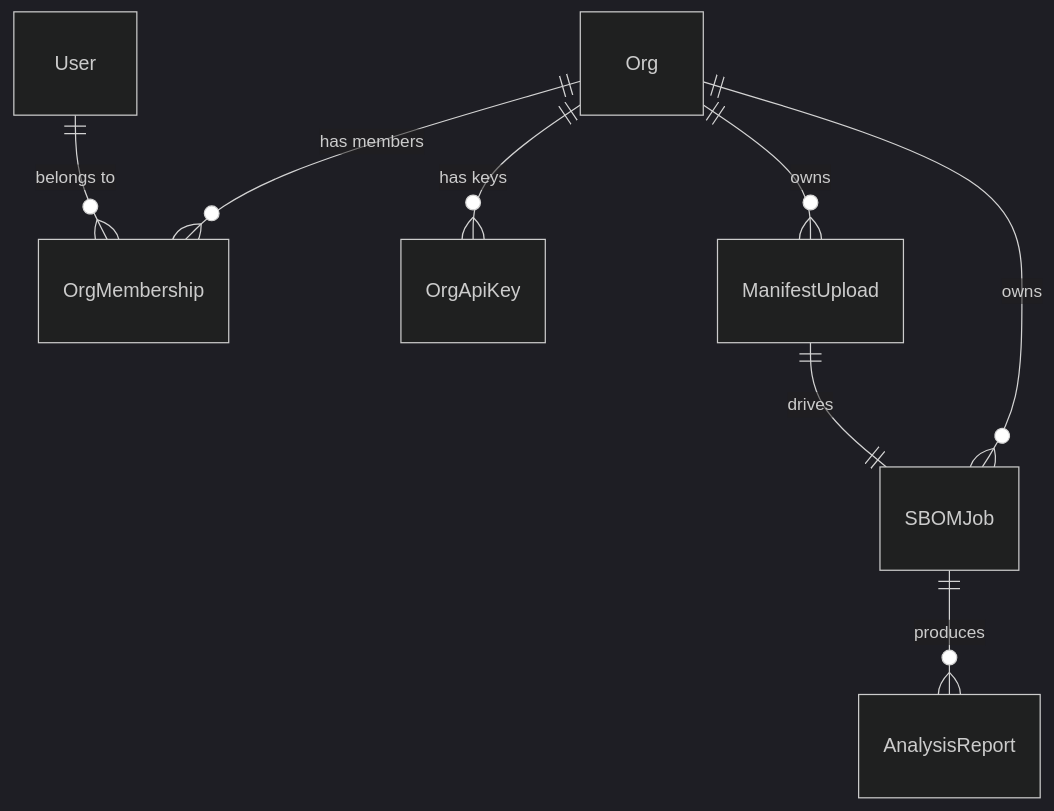
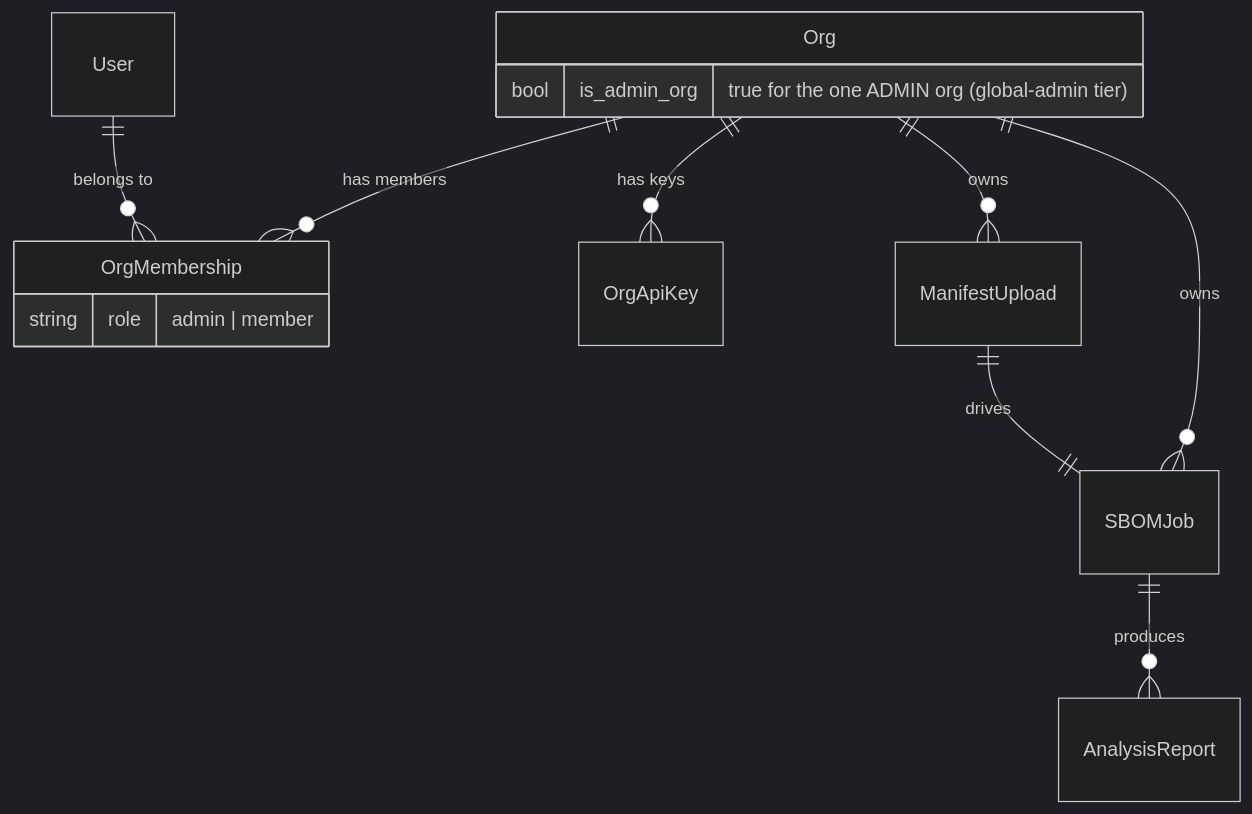
The fourth of 4 diagrams in _bmad-output/planning-artifacts/architecture/architecture-django-python-generate-sbom-2026-07-03/ARCHITECTURE-SPINE.md (millsks/django-python-generate-sbom), drawn with Mermaid (dark theme) before and after one commit. The commit also changed other lines of this file and 5 other files, not shown here.

First line of the commit message:
docs(architecture): document org/admin/auth model + refresh diagrams (14.2)

````diff
--- a/_bmad-output/planning-artifacts/architecture/architecture-django-python-generate-sbom-2026-07-03/ARCHITECTURE-SPINE.md
+++ b/_bmad-output/planning-artifacts/architecture/architecture-django-python-generate-sbom-2026-07-03/ARCHITECTURE-SPINE.md
@@ -293,10 +306,16 @@
 ```mermaid
 erDiagram
+    Org {
+        bool is_admin_org "true for the one ADMIN org (global-admin tier)"
+    }
+    OrgMembership {
+        string role "admin | member"
+    }
     Org ||--o{ OrgMembership : "has members"
     Org ||--o{ OrgApiKey : "has keys"
     Org ||--o{ ManifestUpload : "owns"
     Org ||--o{ SBOMJob : "owns"
     User ||--o{ OrgMembership : "belongs to"
     ManifestUpload ||--|| SBOMJob : "drives"
     SBOMJob ||--o{ AnalysisReport : "produces"
 ```
````
